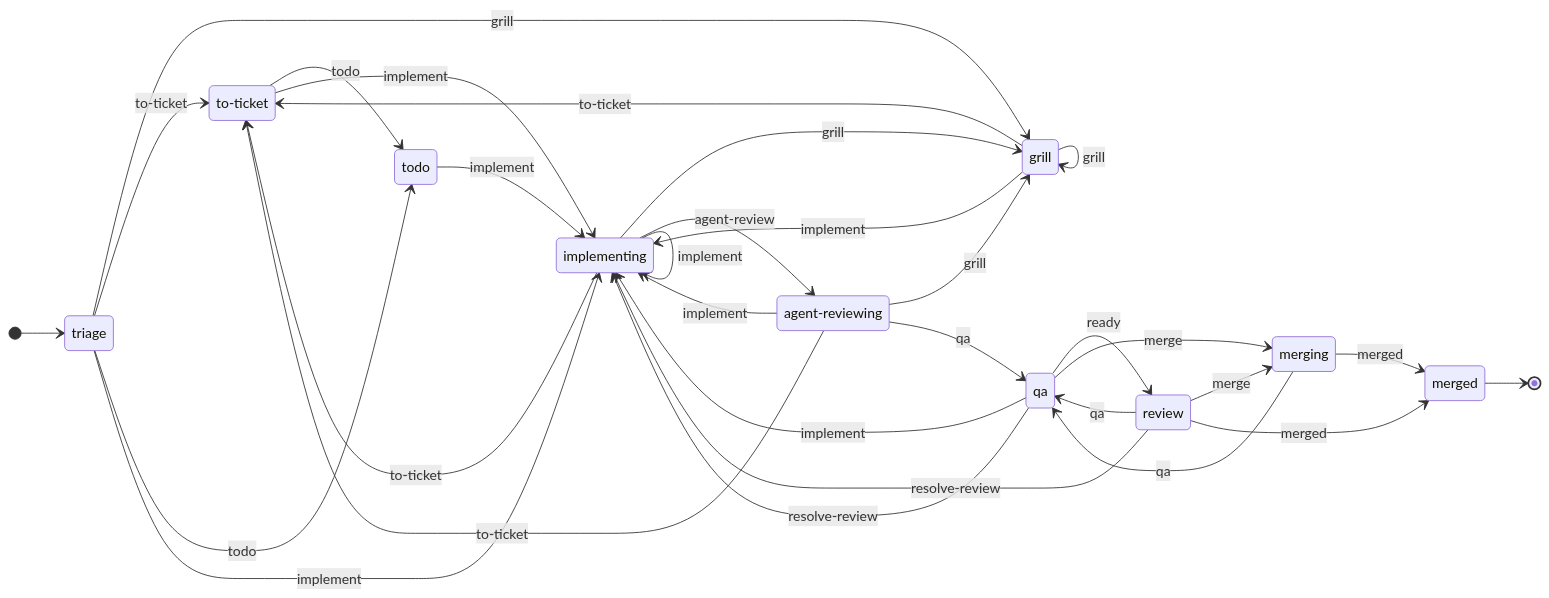
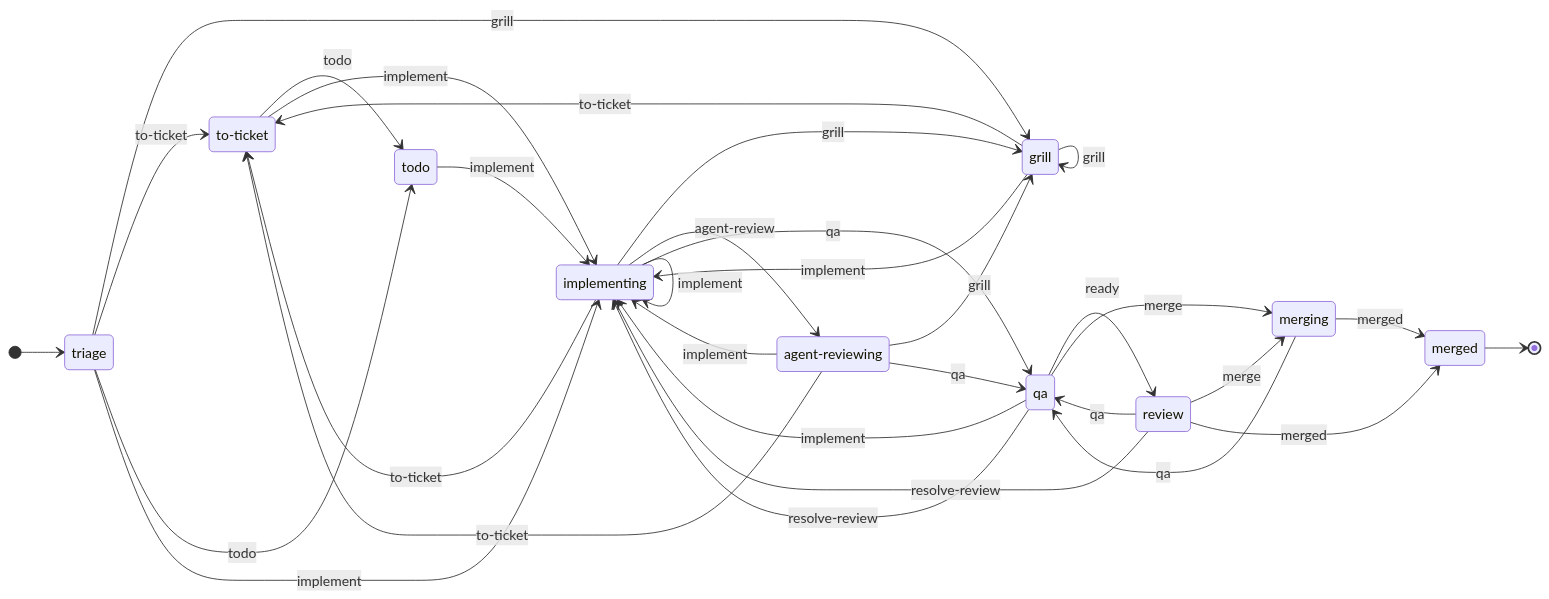
The diagram in apps/mb-workflow/docs/flow.md (MartinBernstorff/mb-workflow), drawn with Mermaid before and after one commit. The commit also changed 3 other files, not shown here.

First line of the commit message:
feat(flow): allow qa straight from implementing (#145)

````diff
--- a/apps/mb-workflow/docs/flow.md
+++ b/apps/mb-workflow/docs/flow.md
@@ -1,36 +1,37 @@
 ```mermaid
 stateDiagram-v2
     direction LR
     state "to-ticket" as to_ticket
     state "agent-reviewing" as agent_reviewing
     [*] --> triage
     merged --> [*]
     triage --> grill : grill
     triage --> to_ticket : to-ticket
     triage --> todo : todo
     triage --> implementing : implement
     grill --> grill : grill
     grill --> to_ticket : to-ticket
     grill --> implementing : implement
     to_ticket --> todo : todo
     to_ticket --> implementing : implement
     todo --> implementing : implement
     implementing --> grill : grill
     implementing --> to_ticket : to-ticket
     implementing --> implementing : implement
     implementing --> agent_reviewing : agent-review
+    implementing --> qa : qa
     agent_reviewing --> grill : grill
     agent_reviewing --> to_ticket : to-ticket
     agent_reviewing --> implementing : implement
     agent_reviewing --> qa : qa
     qa --> implementing : implement
     qa --> review : ready
     qa --> merging : merge
     qa --> implementing : resolve-review
     review --> qa : qa
     review --> merging : merge
     review --> merged : merged
     review --> implementing : resolve-review
     merging --> qa : qa
     merging --> merged : merged
 ```
````
